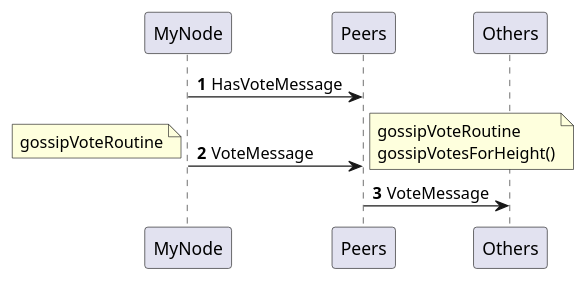
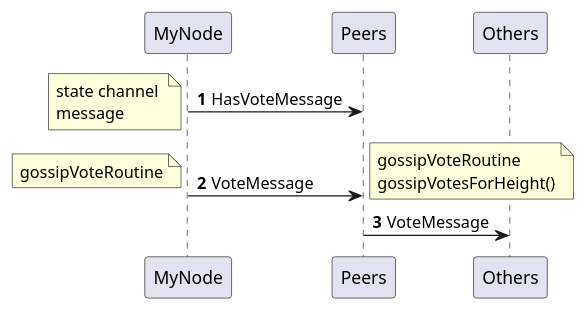
The diagram in libs/tendermint/consensus/pumls/vote_message.puml (coloredSky/exchain), drawn with PlantUML before and after one commit. The commit also changed 1 other file, not shown here.

```diff
--- a/libs/tendermint/consensus/pumls/vote_message.puml
+++ b/libs/tendermint/consensus/pumls/vote_message.puml
@@ -1,10 +1,11 @@
 @startuml
 'https://plantuml.com/sequence-diagram
 
 autonumber
 MyNode->Peers:HasVoteMessage
+note left: state channel \nmessage
 MyNode->Peers:VoteMessage
 note left:gossipVoteRoutine
 note right:gossipVoteRoutine\ngossipVotesForHeight()
 Peers->Others:VoteMessage
 @enduml
```
